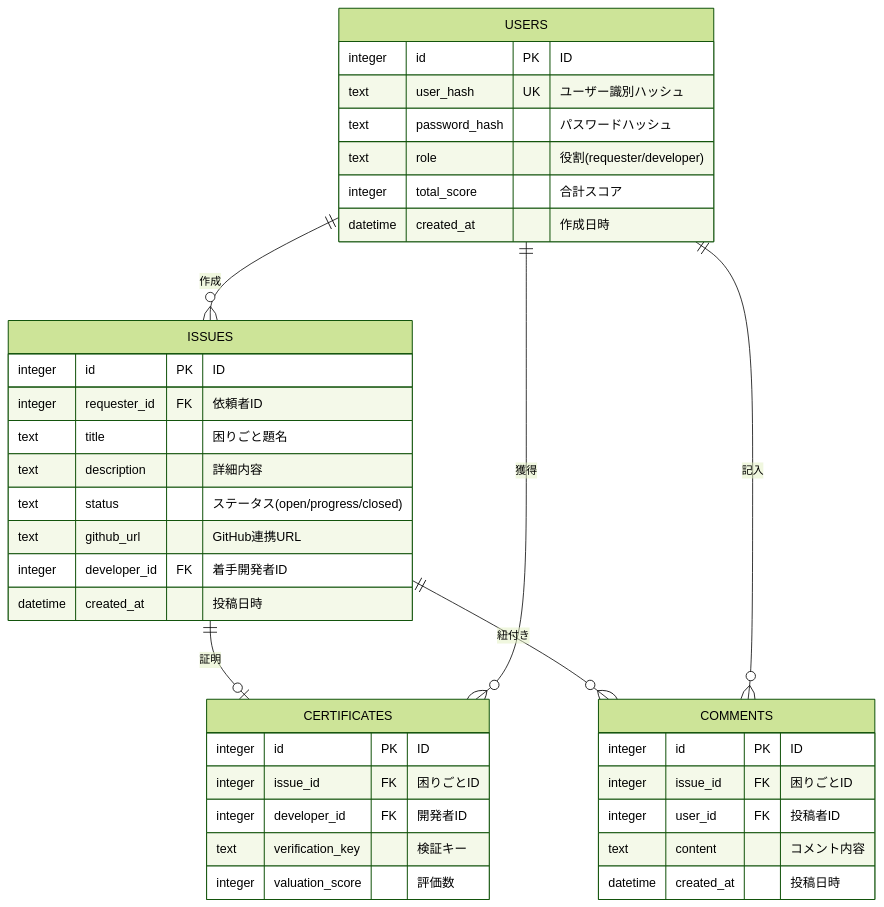
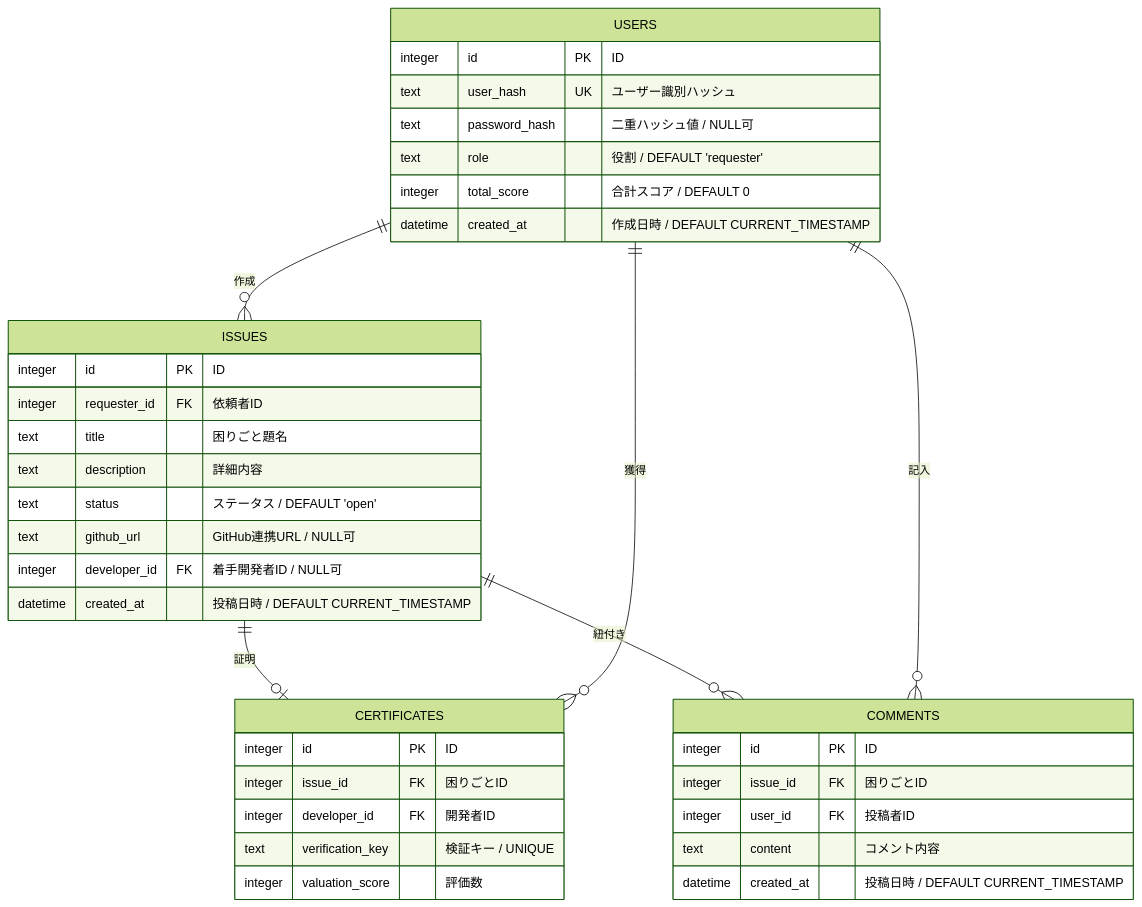
The first of 2 diagrams in DOCS_SUMMARY.md (matsutanishimpei/m-komarabo), drawn with Mermaid (forest theme) before and after one commit. The commit also changed other lines of this file, not shown here.

Commit message:
docs: DOCS_SUMMARY.md を唯一の真実(SSOT)として洗練（認証フローとDBデフォルト値の詳細化）

````diff
--- a/DOCS_SUMMARY.md
+++ b/DOCS_SUMMARY.md
@@ -43,44 +51,44 @@
 ```mermaid
 erDiagram
     USERS {
         integer id PK "ID"
         text user_hash UK "ユーザー識別ハッシュ"
-        text password_hash "パスワードハッシュ"
-        text role "役割(requester/developer)"
-        integer total_score "合計スコア"
-        datetime created_at "作成日時"
+        text password_hash "二重ハッシュ値 / NULL可"
+        text role "役割 / DEFAULT 'requester'"
+        integer total_score "合計スコア / DEFAULT 0"
+        datetime created_at "作成日時 / DEFAULT CURRENT_TIMESTAMP"
     }
 
     ISSUES {
         integer id PK "ID"
         integer requester_id FK "依頼者ID"
         text title "困りごと題名"
         text description "詳細内容"
-        text status "ステータス(open/progress/closed)"
-        text github_url "GitHub連携URL"
-        integer developer_id FK "着手開発者ID"
-        datetime created_at "投稿日時"
+        text status "ステータス / DEFAULT 'open'"
+        text github_url "GitHub連携URL / NULL可"
+        integer developer_id FK "着手開発者ID / NULL可"
+        datetime created_at "投稿日時 / DEFAULT CURRENT_TIMESTAMP"
     }
 
     CERTIFICATES {
         integer id PK "ID"
         integer issue_id FK "困りごとID"
         integer developer_id FK "開発者ID"
-        text verification_key "検証キー"
+        text verification_key "検証キー / UNIQUE"
         integer valuation_score "評価数"
     }
 
     COMMENTS {
         integer id PK "ID"
         integer issue_id FK "困りごとID"
         integer user_id FK "投稿者ID"
         text content "コメント内容"
-        datetime created_at "投稿日時"
+        datetime created_at "投稿日時 / DEFAULT CURRENT_TIMESTAMP"
     }
 
     USERS ||--o{ ISSUES : "作成"
     ISSUES ||--o| CERTIFICATES : "証明"
     USERS ||--o{ CERTIFICATES : "獲得"
     ISSUES ||--o{ COMMENTS : "紐付き"
     USERS ||--o{ COMMENTS : "記入"
 ```
````
